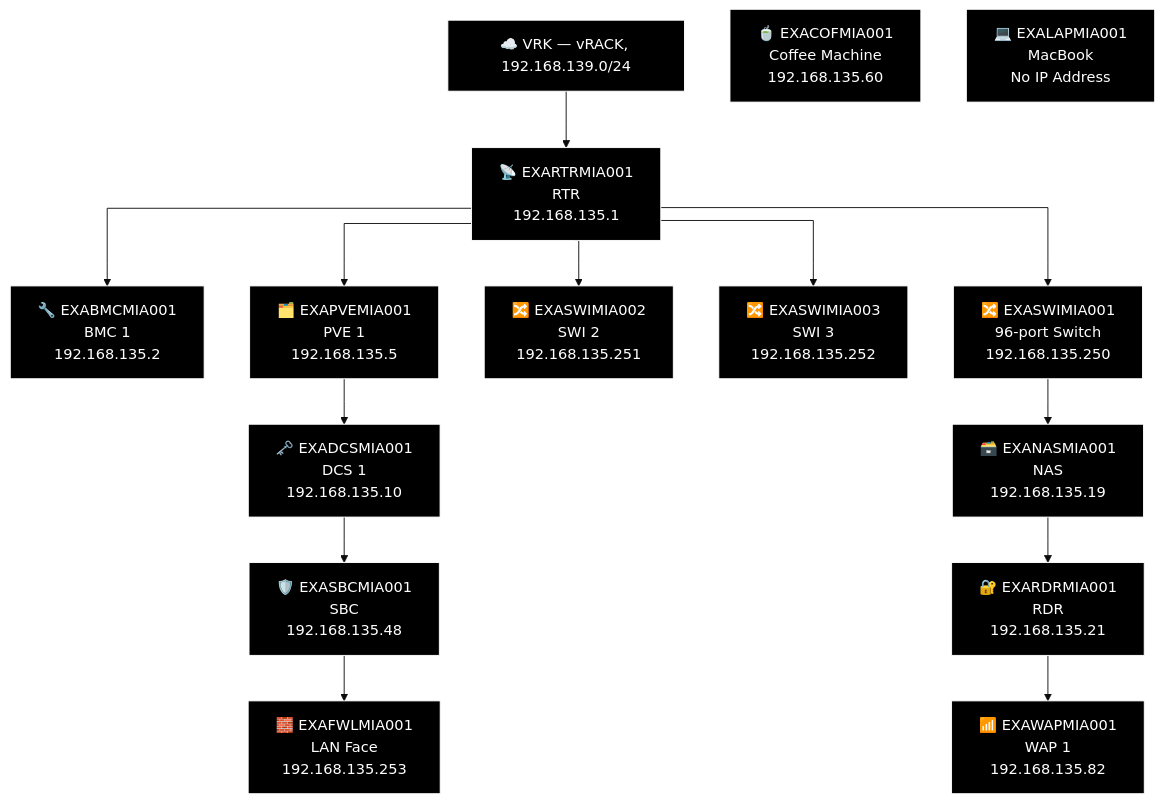
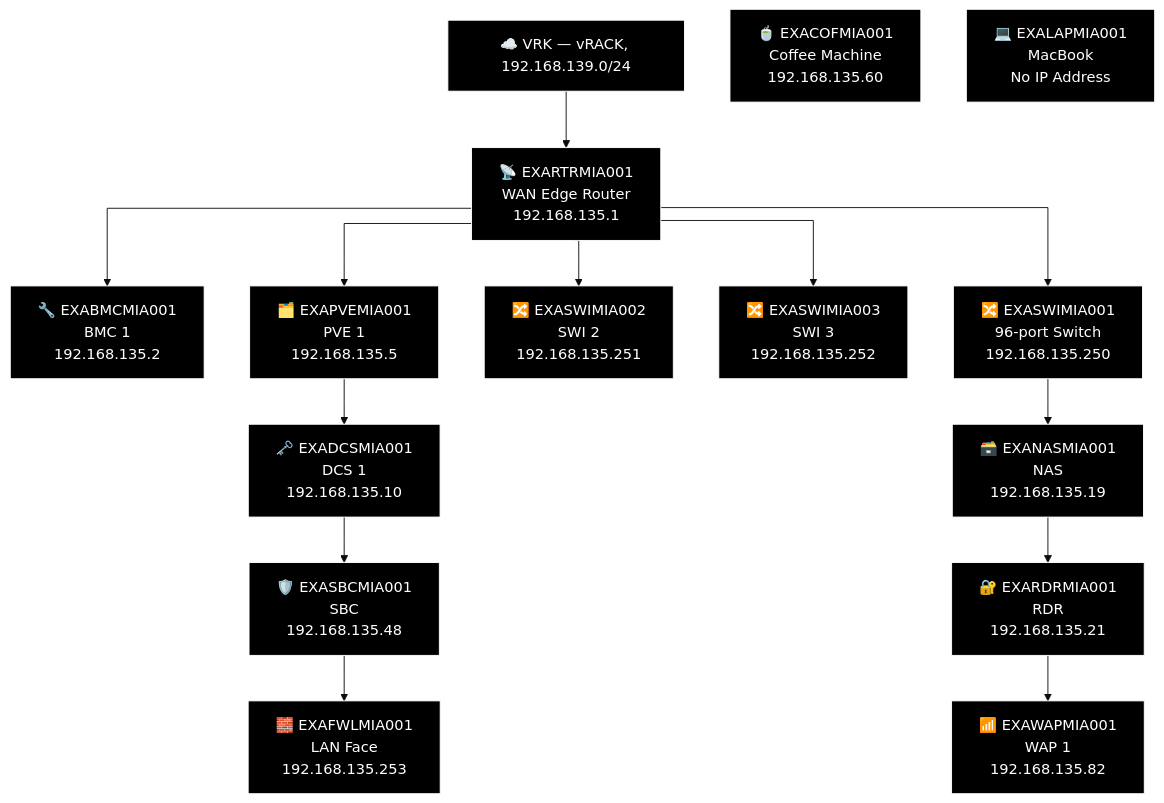
One commit to knightmare2600/example_music_infra changed diagram 11 of 21 in docs/network-diagram/united-states.md. Above: the diagram before and after it, drawn with Mermaid (base theme). The commit also changed 17 other files, not shown here.

````diff
--- a/docs/network-diagram/united-states.md
+++ b/docs/network-diagram/united-states.md
@@ -441,44 +441,44 @@
 ```mermaid
 %% GENERATED:TOPOLOGY:MIA:START
 %%{init: {'flowchart': {'curve': 'stepAfter'}}}%%
 graph TD
     T_VRK["☁️ VRK — vRACK, 192.168.139.0/24"]
-    T_RTR["📡 EXARTRMIA001<br/>RTR<br/>192.168.135.1"]
+    T_RTR["📡 EXARTRMIA001<br/>WAN Edge Router<br/>192.168.135.1"]
     T_VRK --> T_RTR
     T_BMC["🔧 EXABMCMIA001<br/>BMC 1<br/>192.168.135.2"]
     T_RTR --> T_BMC
     T_PVE["🗂️ EXAPVEMIA001<br/>PVE 1<br/>192.168.135.5"]
     T_RTR --> T_PVE
     T_SWI["🔀 EXASWIMIA002<br/>SWI 2<br/>192.168.135.251"]
     T_RTR --> T_SWI
     T_SWI2["🔀 EXASWIMIA003<br/>SWI 3<br/>192.168.135.252"]
     T_RTR --> T_SWI2
     T_SWI3["🔀 EXASWIMIA001<br/>96-port Switch<br/>192.168.135.250"]
     T_RTR --> T_SWI3
     T_NAS["🗃️ EXANASMIA001<br/>NAS<br/>192.168.135.19"]
     T_RDR["🔐 EXARDRMIA001<br/>RDR<br/>192.168.135.21"]
     T_WAP["📶 EXAWAPMIA001<br/>WAP 1<br/>192.168.135.82"]
     T_SWI3 --> T_NAS --> T_RDR --> T_WAP
     T_DCS["🗝️ EXADCSMIA001<br/>DCS 1<br/>192.168.135.10"]
     T_SBC["🛡️ EXASBCMIA001<br/>SBC<br/>192.168.135.48"]
     T_FWL["🧱 EXAFWLMIA001<br/>LAN Face<br/>192.168.135.253"]
     T_PVE --> T_DCS --> T_SBC --> T_FWL
     T_COF["🍵 EXACOFMIA001<br/>Coffee Machine<br/>192.168.135.60"]
     T_LAP["💻 EXALAPMIA001<br/>MacBook<br/>No IP Address"]
     style T_VRK fill:#000000,stroke:#FFFFFF,color:#FFFFFF
     style T_RTR fill:#000000,stroke:#FFFFFF,color:#FFFFFF
     style T_BMC fill:#000000,stroke:#FFFFFF,color:#FFFFFF
     style T_PVE fill:#000000,stroke:#FFFFFF,color:#FFFFFF
     style T_SWI fill:#000000,stroke:#FFFFFF,color:#FFFFFF
     style T_SWI2 fill:#000000,stroke:#FFFFFF,color:#FFFFFF
     style T_SWI3 fill:#000000,stroke:#FFFFFF,color:#FFFFFF
     style T_NAS fill:#000000,stroke:#FFFFFF,color:#FFFFFF
     style T_RDR fill:#000000,stroke:#FFFFFF,color:#FFFFFF
     style T_WAP fill:#000000,stroke:#FFFFFF,color:#FFFFFF
     style T_DCS fill:#000000,stroke:#FFFFFF,color:#FFFFFF
     style T_SBC fill:#000000,stroke:#FFFFFF,color:#FFFFFF
     style T_FWL fill:#000000,stroke:#FFFFFF,color:#FFFFFF
     style T_COF fill:#000000,stroke:#FFFFFF,color:#FFFFFF
     style T_LAP fill:#000000,stroke:#FFFFFF,color:#FFFFFF
 %% GENERATED:TOPOLOGY:MIA:END
 ```
````
